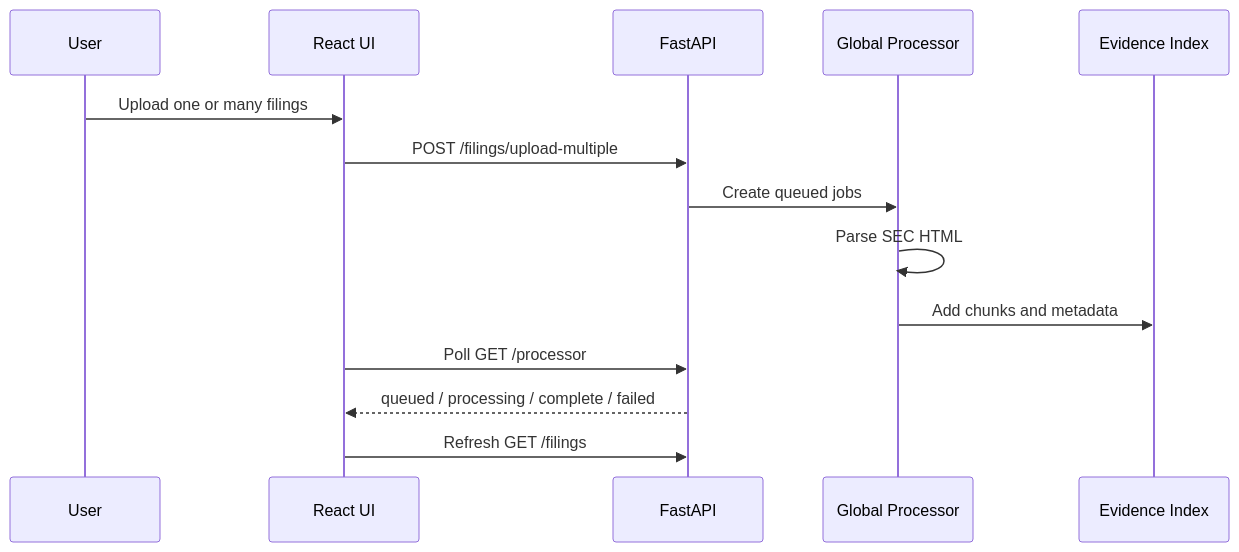
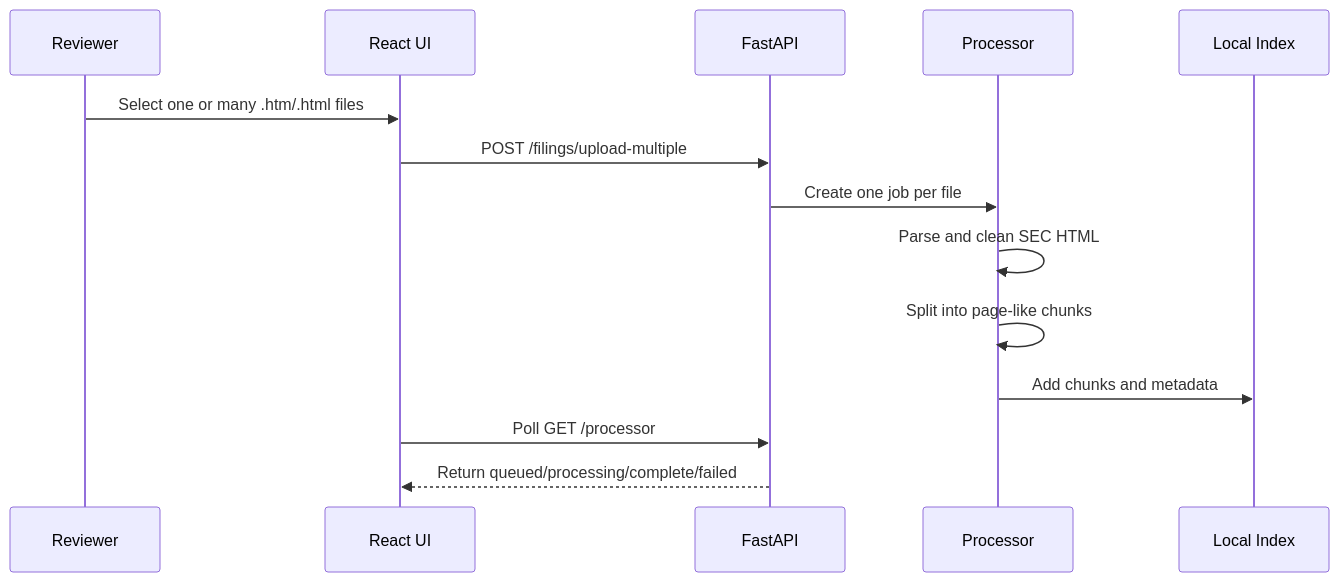
One commit to vrize-poc-demo/evidence-alpha changed the third of 6 diagrams in docs/ARCHITECTURE.md. Above: the diagram before and after it, drawn with Mermaid. The commit also changed other lines of this file and 9 other files, not shown here.

````diff
--- a/docs/ARCHITECTURE.md
+++ b/docs/ARCHITECTURE.md
@@ -26,17 +51,17 @@
 ```mermaid
 sequenceDiagram
-    participant U as User
+    participant U as Reviewer
     participant UI as React UI
     participant API as FastAPI
-    participant P as Global Processor
-    participant I as Evidence Index
+    participant P as Processor
+    participant IDX as Local Index
 
-    U->>UI: Upload one or many filings
+    U->>UI: Select one or many .htm/.html files
     UI->>API: POST /filings/upload-multiple
-    API->>P: Create queued jobs
-    P->>P: Parse SEC HTML
-    P->>I: Add chunks and metadata
+    API->>P: Create one job per file
+    P->>P: Parse and clean SEC HTML
+    P->>P: Split into page-like chunks
+    P->>IDX: Add chunks and metadata
     UI->>API: Poll GET /processor
-    API-->>UI: queued / processing / complete / failed
-    UI->>API: Refresh GET /filings
+    API-->>UI: Return queued/processing/complete/failed
 ```
````
